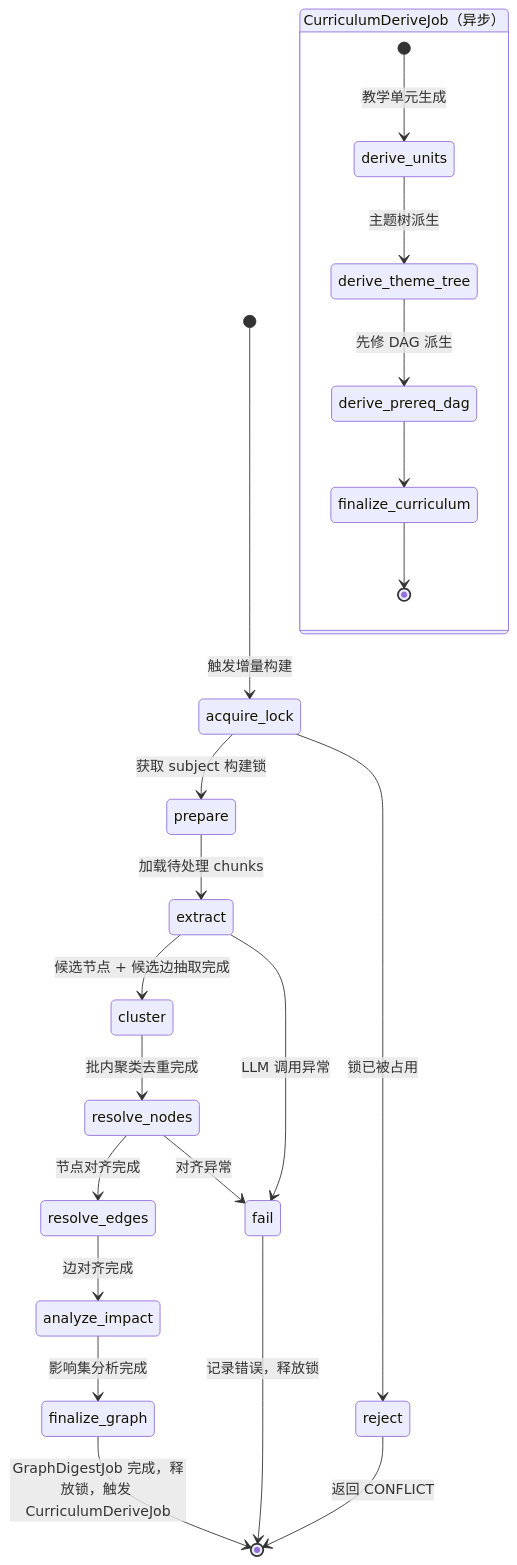
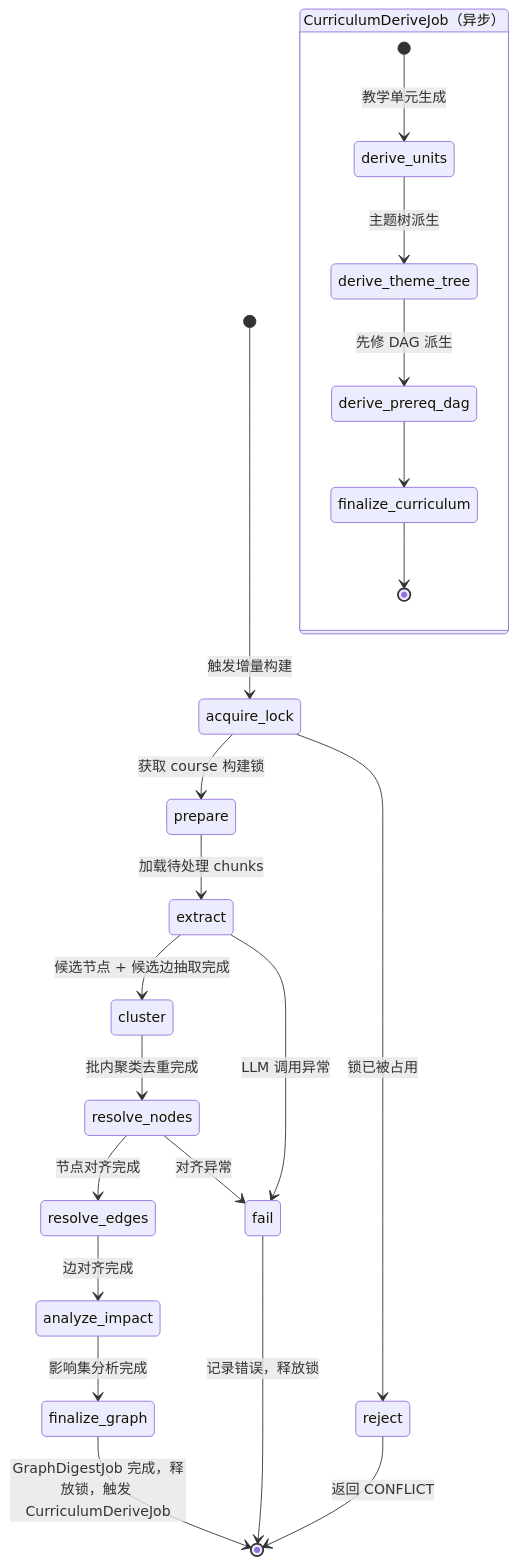
The second of 6 diagrams in backend/docs/knowledge-design/design.md (aiteachme/AITeachMe), drawn with Mermaid before and after one commit. The commit also changed other lines of this file and 678 other files, not shown here.

````diff
--- a/backend/docs/knowledge-design/design.md
+++ b/backend/docs/knowledge-design/design.md
@@ -99,27 +99,27 @@
 ```mermaid
 stateDiagram-v2
     [*] --> acquire_lock: 触发增量构建
-    acquire_lock --> prepare: 获取 subject 构建锁
+    acquire_lock --> prepare: 获取 course 构建锁
     acquire_lock --> reject: 锁已被占用
     reject --> [*]: 返回 CONFLICT
 
     prepare --> extract: 加载待处理 chunks
     extract --> cluster: 候选节点 + 候选边抽取完成
     cluster --> resolve_nodes: 批内聚类去重完成
     resolve_nodes --> resolve_edges: 节点对齐完成
     resolve_edges --> analyze_impact: 边对齐完成
     analyze_impact --> finalize_graph: 影响集分析完成
     finalize_graph --> [*]: GraphDigestJob 完成，释放锁，触发 CurriculumDeriveJob
 
     state "CurriculumDeriveJob（异步）" as curriculum {
         [*] --> derive_units: 教学单元生成
         derive_units --> derive_theme_tree: 主题树派生
         derive_theme_tree --> derive_prereq_dag: 先修 DAG 派生
         derive_prereq_dag --> finalize_curriculum
         finalize_curriculum --> [*]
     }
 
     extract --> fail: LLM 调用异常
     resolve_nodes --> fail: 对齐异常
     fail --> [*]: 记录错误，释放锁
 ```
````
